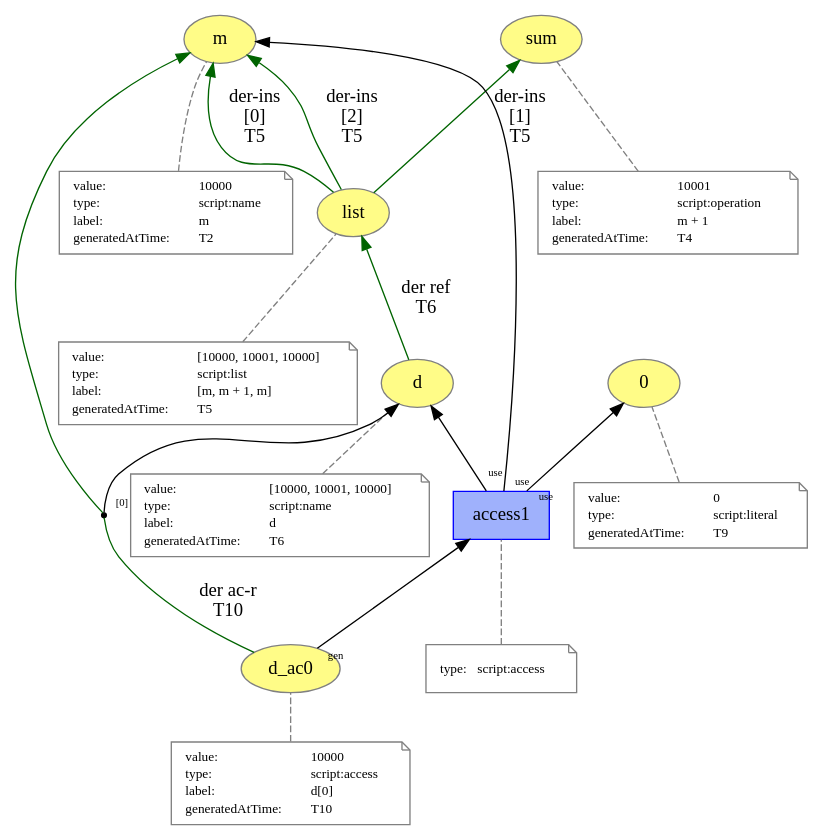
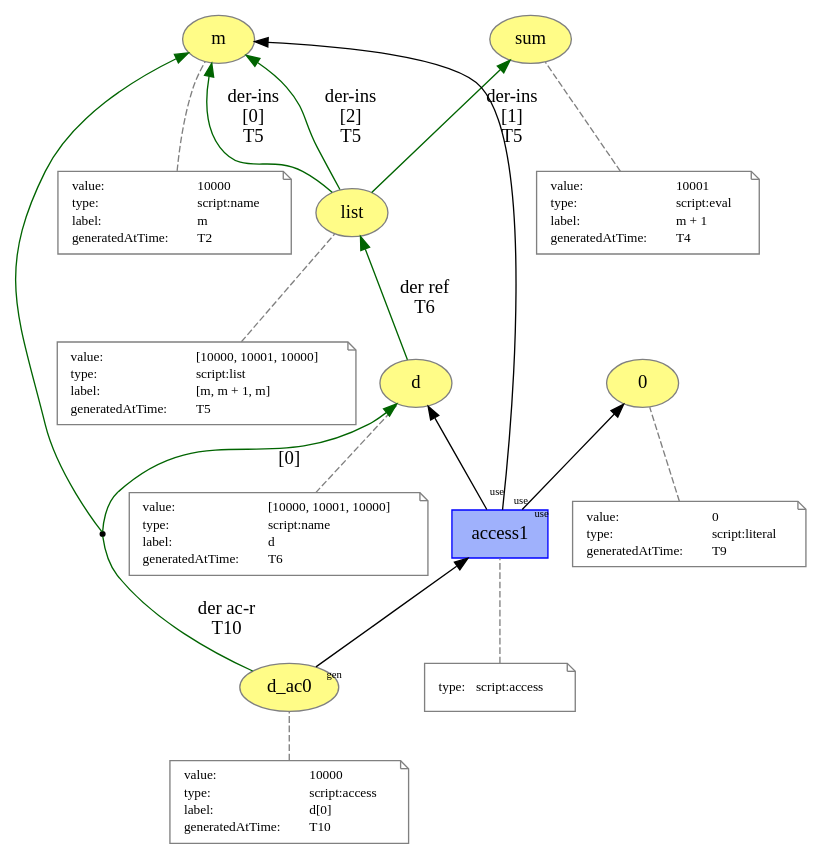
One commit to dew-uff/versioned-prov changed the diagram in images/versioned_prov/access.dot. Above: the diagram before and after it, drawn with Graphviz. The commit also changed 243 other files, not shown here.

```diff
--- a/images/versioned_prov/access.dot
+++ b/images/versioned_prov/access.dot
@@ -1,146 +1,146 @@
 digraph "PROV" { size="16,12"; rankdir="BT";
 "http://example.org/m" [fillcolor="#FFFC87",color="#808080",style="filled",label="m",URL="http://example.org/m"]
 "-attrs0" [color="gray",shape="note",fontsize="10",fontcolor="black",label=<<TABLE cellpadding="0" border="0">
 	<TR>
 	    <TD align="left">value:</TD>
 	    <TD align="left">10000</TD>
 	</TR>
 	<TR>
 	    <TD align="left">type:</TD>
 	    <TD align="left">script:name</TD>
 	</TR>
 	<TR>
 	    <TD align="left">label:</TD>
 	    <TD align="left">m</TD>
 	</TR>
 	<TR>
 	    <TD align="left">generatedAtTime:</TD>
 	    <TD align="left">T2</TD>
 	</TR>
 </TABLE>>]
 "-attrs0" -> "http://example.org/m" [color="gray",style="dashed",arrowhead="none"]
 "http://example.org/sum" [fillcolor="#FFFC87",color="#808080",style="filled",label="sum",URL="http://example.org/sum"]
 "-attrs1" [color="gray",shape="note",fontsize="10",fontcolor="black",label=<<TABLE cellpadding="0" border="0">
 	<TR>
 	    <TD align="left">value:</TD>
 	    <TD align="left">10001</TD>
 	</TR>
 	<TR>
 	    <TD align="left">type:</TD>
-	    <TD align="left">script:operation</TD>
+	    <TD align="left">script:eval</TD>
 	</TR>
 	<TR>
 	    <TD align="left">label:</TD>
 	    <TD align="left">m + 1</TD>
 	</TR>
 	<TR>
 	    <TD align="left">generatedAtTime:</TD>
 	    <TD align="left">T4</TD>
 	</TR>
 </TABLE>>]
 "-attrs1" -> "http://example.org/sum" [color="gray",style="dashed",arrowhead="none"]
 "http://example.org/list" [fillcolor="#FFFC87",color="#808080",style="filled",label="list",URL="http://example.org/list"]
 "-attrs2" [color="gray",shape="note",fontsize="10",fontcolor="black",label=<<TABLE cellpadding="0" border="0">
 	<TR>
 	    <TD align="left">value:</TD>
 	    <TD align="left">[10000, 10001, 10000]</TD>
 	</TR>
 	<TR>
 	    <TD align="left">type:</TD>
 	    <TD align="left">script:list</TD>
 	</TR>
 	<TR>
 	    <TD align="left">label:</TD>
 	    <TD align="left">[m, m + 1, m]</TD>
 	</TR>
 	<TR>
 	    <TD align="left">generatedAtTime:</TD>
 	    <TD align="left">T5</TD>
 	</TR>
 </TABLE>>]
 "-attrs2" -> "http://example.org/list" [color="gray",style="dashed",arrowhead="none"]
 "http://example.org/list" -> "http://example.org/m" [labelfontsize="8",labeldistance="1.5",color="darkgreen",labelangle="60.0",rotation="20",label="der-ins
 [0]
 T5"]
 "http://example.org/list" -> "http://example.org/sum" [labelfontsize="8",labeldistance="1.5",color="darkgreen",labelangle="60.0",rotation="20",label="der-ins
 [1]
 T5"]
 "http://example.org/list" -> "http://example.org/m" [labelfontsize="8",labeldistance="1.5",color="darkgreen",labelangle="60.0",rotation="20",label="der-ins
 [2]
 T5"]
 "http://example.org/d" [fillcolor="#FFFC87",color="#808080",style="filled",label="d",URL="http://example.org/d"]
 "-attrs3" [color="gray",shape="note",fontsize="10",fontcolor="black",label=<<TABLE cellpadding="0" border="0">
 	<TR>
 	    <TD align="left">value:</TD>
 	    <TD align="left">[10000, 10001, 10000]</TD>
 	</TR>
 	<TR>
 	    <TD align="left">type:</TD>
 	    <TD align="left">script:name</TD>
 	</TR>
 	<TR>
 	    <TD align="left">label:</TD>
 	    <TD align="left">d</TD>
 	</TR>
 	<TR>
 	    <TD align="left">generatedAtTime:</TD>
 	    <TD align="left">T6</TD>
 	</TR>
 </TABLE>>]
 "-attrs3" -> "http://example.org/d" [color="gray",style="dashed",arrowhead="none"]
 "http://example.org/d" -> "http://example.org/list" [labelfontsize="8",labeldistance="1.5",color="darkgreen",labelangle="60.0",rotation="20",label="der ref
 T6"]
 "http://example.org/0" [fillcolor="#FFFC87",color="#808080",style="filled",label="0",URL="http://example.org/0"]
 "-attrs4" [color="gray",shape="note",fontsize="10",fontcolor="black",label=<<TABLE cellpadding="0" border="0">
 	<TR>
 	    <TD align="left">value:</TD>
 	    <TD align="left">0</TD>
 	</TR>
 	<TR>
 	    <TD align="left">type:</TD>
 	    <TD align="left">script:literal</TD>
 	</TR>
 	<TR>
 	    <TD align="left">generatedAtTime:</TD>
 	    <TD align="left">T9</TD>
 	</TR>
 </TABLE>>]
 "-attrs4" -> "http://example.org/0" [color="gray",style="dashed",arrowhead="none"]
 "http://example.org/d_ac0" [fillcolor="#FFFC87",color="#808080",style="filled",label="d_ac0",URL="http://example.org/d_ac0"]
 "-attrs5" [color="gray",shape="note",fontsize="10",fontcolor="black",label=<<TABLE cellpadding="0" border="0">
 	<TR>
 	    <TD align="left">value:</TD>
 	    <TD align="left">10000</TD>
 	</TR>
 	<TR>
 	    <TD align="left">type:</TD>
 	    <TD align="left">script:access</TD>
 	</TR>
 	<TR>
 	    <TD align="left">label:</TD>
 	    <TD align="left">d[0]</TD>
 	</TR>
 	<TR>
 	    <TD align="left">generatedAtTime:</TD>
 	    <TD align="left">T10</TD>
 	</TR>
 </TABLE>>]
 "-attrs5" -> "http://example.org/d_ac0" [color="gray",style="dashed",arrowhead="none"]
 "http://example.org/access1" [fillcolor="#9FB1FC",color="#0000FF",shape="polygon",sides="4",style="filled",label="access1",URL="http://example.org/access1"]
 "-attrs6" [color="gray",shape="note",fontsize="10",fontcolor="black",label=<<TABLE cellpadding="0" border="0">
 	<TR>
 	    <TD align="left">type:</TD>
 	    <TD align="left">script:access</TD>
 	</TR>
 </TABLE>>]
 "-attrs6" -> "http://example.org/access1" [color="gray",style="dashed",arrowhead="none"]
 "http://example.org/access1" -> "http://example.org/d" [labelfontsize="8",labeldistance="1.5",labelangle="60.0",rotation="20",taillabel="use"]
 "http://example.org/access1" -> "http://example.org/0" [labelfontsize="8",labeldistance="1.5",labelangle="60.0",rotation="20",taillabel="use"]
 "http://example.org/access1" -> "http://example.org/m" [labelfontsize="8",labeldistance="1.5",labelangle="60.0",rotation="20",taillabel="use"]
 "http://example.org/d_ac0" -> "http://example.org/access1" [labelfontsize="8",labeldistance="1.5",labelangle="60.0",rotation="20",taillabel="gen"]
 "bn0" [shape="point",label=""]
-"http://example.org/d_ac0" -> "bn0" [arrowhead="none",label="der ac-r
-T10",color="darkgreen"]
-"bn0" -> "http://example.org/d" [labelfontsize="8",labeldistance="1.5",labelangle="60.0",rotation="20",taillabel="[0]"]
+"http://example.org/d_ac0" -> "bn0" [labelfontsize="8",labeldistance="1.5",color="darkgreen",labelangle="60.0",rotation="20",label="der ac-r
+T10",arrowhead="none"]
+"bn0" -> "http://example.org/d" [labelfontsize="8",labeldistance="1.5",color="darkgreen",labelangle="60.0",rotation="20",label="[0]"]
 "bn0" -> "http://example.org/m" [color="darkgreen"]
 }
```
